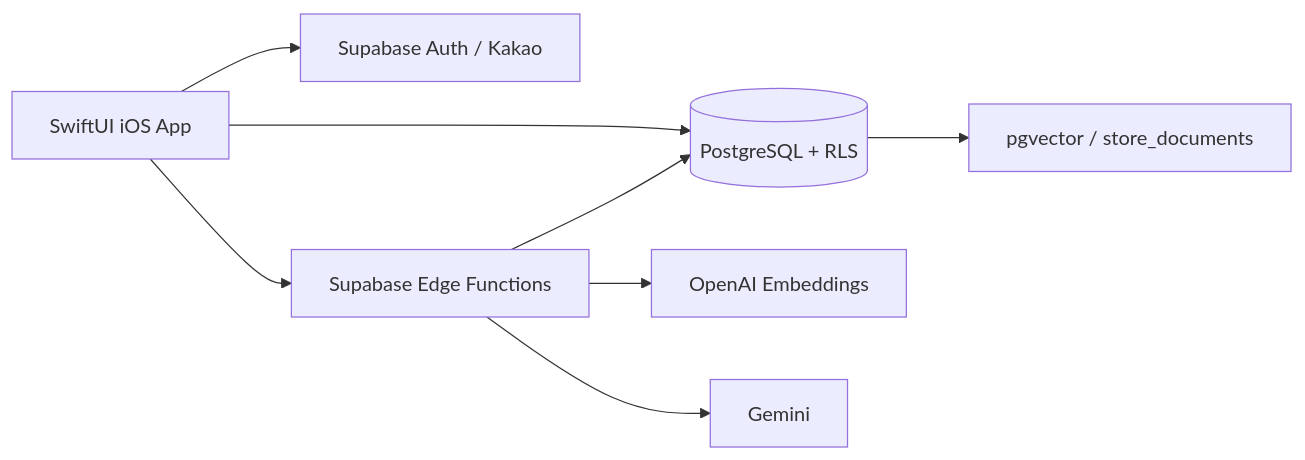
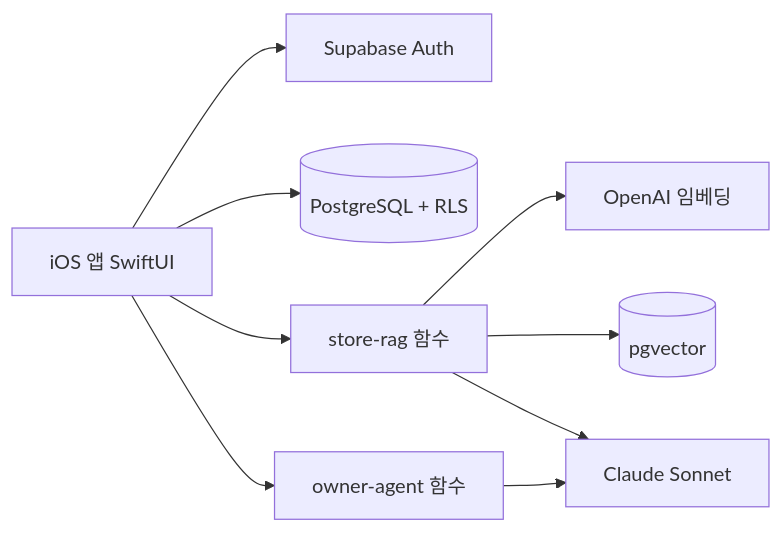
Before and after one commit to toranan/sudangsudang: the diagram in README.md, drawn with Mermaid. The commit also changed other lines of this file and 8 other files, not shown here.

````diff
--- a/README.md
+++ b/README.md
@@ -71,10 +89,11 @@
 ```mermaid
 flowchart LR
-    App[SwiftUI iOS App] --> Auth[Supabase Auth / Kakao]
+    App[iOS 앱 SwiftUI] --> Auth[Supabase Auth]
     App --> DB[(PostgreSQL + RLS)]
-    App --> Edge[Supabase Edge Functions]
-    Edge --> Embedding[OpenAI Embeddings]
-    Edge --> Gemini[Gemini]
-    Edge --> DB
-    DB --> Vector[pgvector / store_documents]
+    App --> RAG[store-rag 함수]
+    App --> Agent[owner-agent 함수]
+    RAG --> Embed[OpenAI 임베딩]
+    RAG --> Vector[(pgvector)]
+    RAG --> Claude[Claude Sonnet]
+    Agent --> Claude
 ```
````
